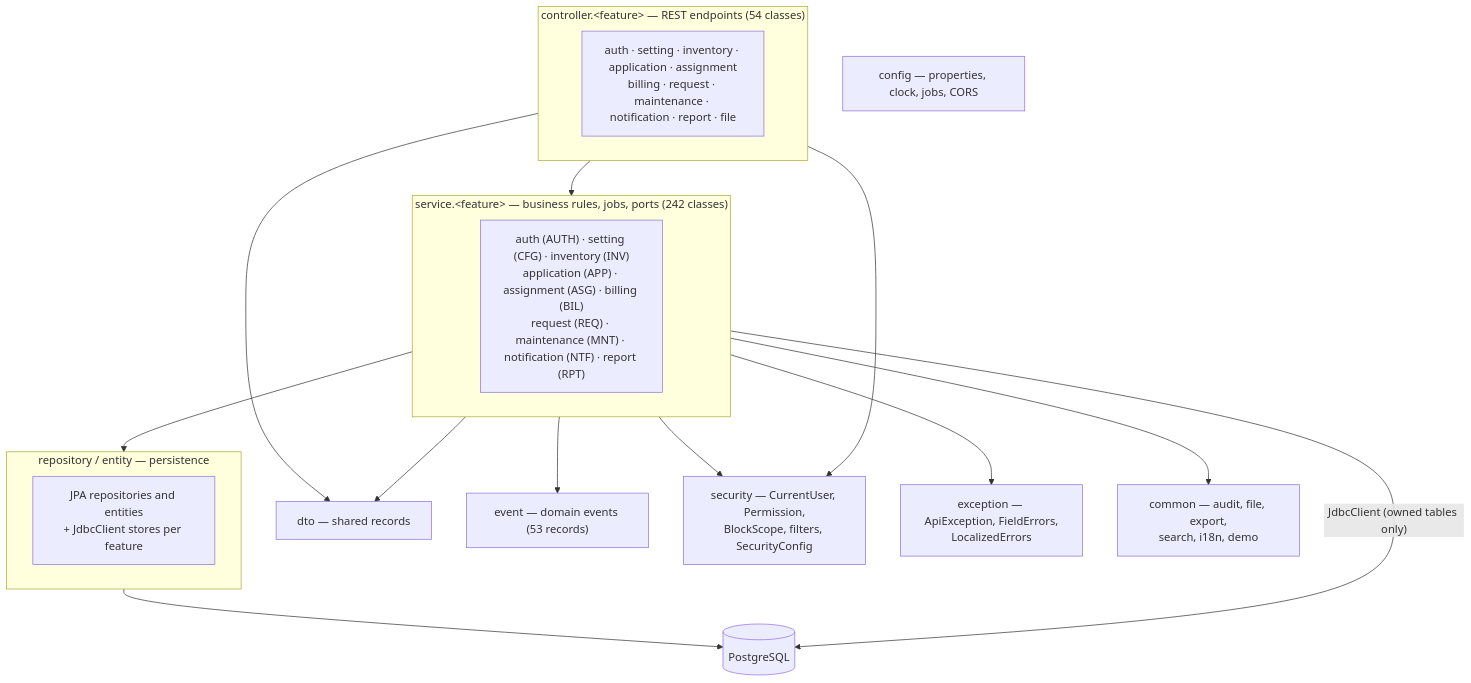
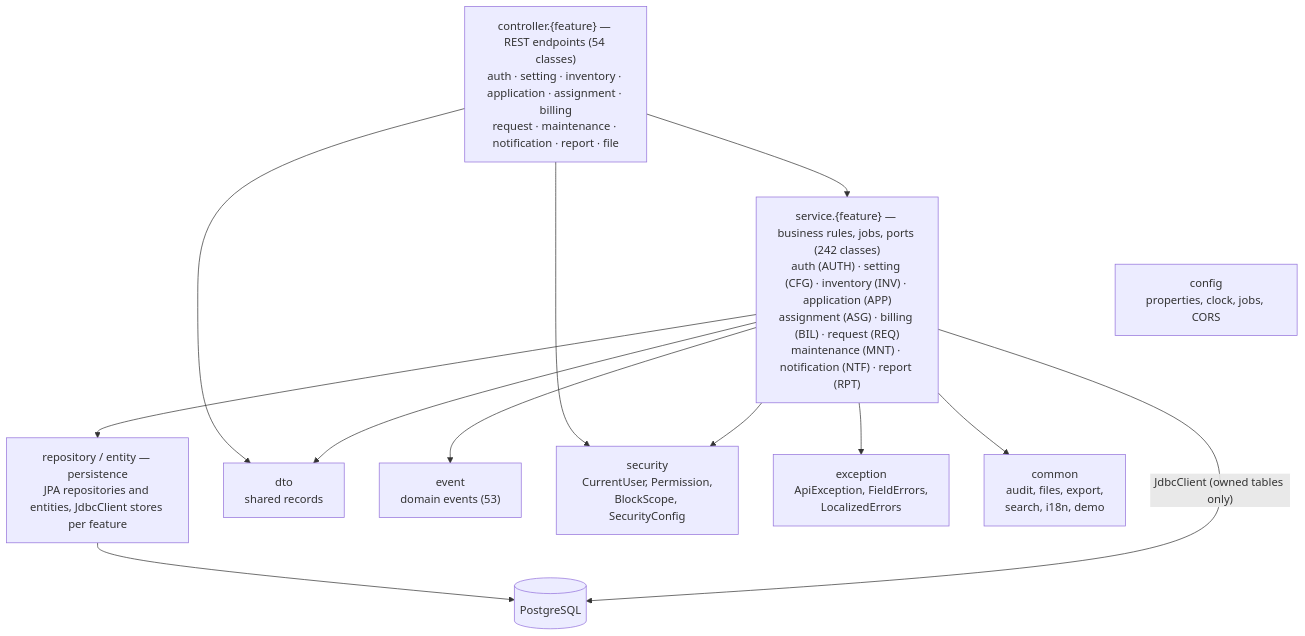
Before and after one commit to tisou47/CampusStay-FPT: the diagram in docs/diagrams/package-backend.mmd, drawn with Mermaid. The commit also changed 149 other files, not shown here.

```diff
--- a/docs/diagrams/package-backend.mmd
+++ b/docs/diagrams/package-backend.mmd
@@ -1,29 +1,24 @@
 %% Backend package diagram (vn.fpt.campusstay): layers, feature sub-packages and the allowed dependencies
 flowchart TB
-  subgraph controller["controller.&lt;feature&gt; — REST endpoints (54 classes)"]
-    c1["auth · setting · inventory · application · assignment<br/>billing · request · maintenance · notification · report · file"]
-  end
-  subgraph service["service.&lt;feature&gt; — business rules, jobs, ports (242 classes)"]
-    s1["auth (AUTH) · setting (CFG) · inventory (INV)<br/>application (APP) · assignment (ASG) · billing (BIL)<br/>request (REQ) · maintenance (MNT) · notification (NTF) · report (RPT)"]
-  end
-  subgraph repository["repository / entity — persistence"]
-    r1["JPA repositories and entities<br/>+ JdbcClient stores per feature"]
-  end
-  dto["dto — shared records"]
-  event["event — domain events (53 records)"]
-  security["security — CurrentUser, Permission,<br/>BlockScope, filters, SecurityConfig"]
-  config["config — properties, clock, jobs, CORS"]
-  exception["exception — ApiException, FieldErrors,<br/>LocalizedErrors"]
-  common["common — audit, file, export,<br/>search, i18n, demo"]
+  controller["controller.{feature} — REST endpoints (54 classes)<br/>auth · setting · inventory · application · assignment · billing<br/>request · maintenance · notification · report · file"]
+  service["service.{feature} — business rules, jobs, ports (242 classes)<br/>auth (AUTH) · setting (CFG) · inventory (INV) · application (APP)<br/>assignment (ASG) · billing (BIL) · request (REQ)<br/>maintenance (MNT) · notification (NTF) · report (RPT)"]
+  repository["repository / entity — persistence<br/>JPA repositories and entities, JdbcClient stores per feature"]
   db[("PostgreSQL")]
+  dto["dto<br/>shared records"]
+  event["event<br/>domain events (53)"]
+  security["security<br/>CurrentUser, Permission,<br/>BlockScope, SecurityConfig"]
+  exception["exception<br/>ApiException, FieldErrors,<br/>LocalizedErrors"]
+  common["common<br/>audit, files, export,<br/>search, i18n, demo"]
+  config["config<br/>properties, clock, jobs, CORS"]
   controller --> service
-  controller --> dto
   service --> repository
-  service --> event
-  service --> dto
-  service --> common
-  service --> security
-  controller --> security
-  service --> exception
   repository --> db
   service -- "JdbcClient (owned tables only)" --> db
+  controller --> dto
+  controller --> security
+  service --> dto
+  service --> event
+  service --> security
+  service --> exception
+  service --> common
+  config ~~~ common
```
